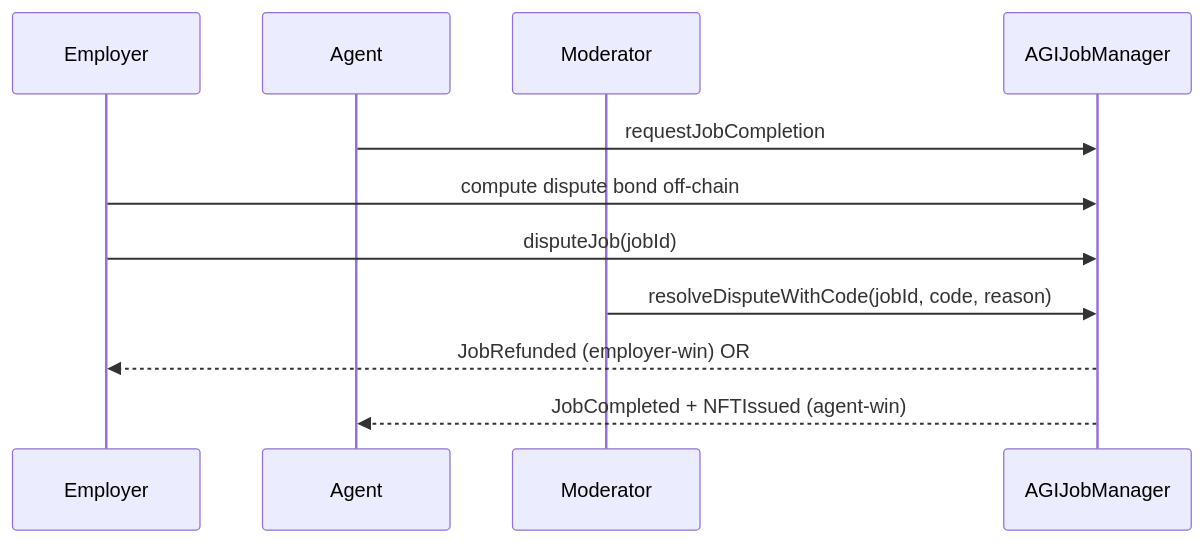
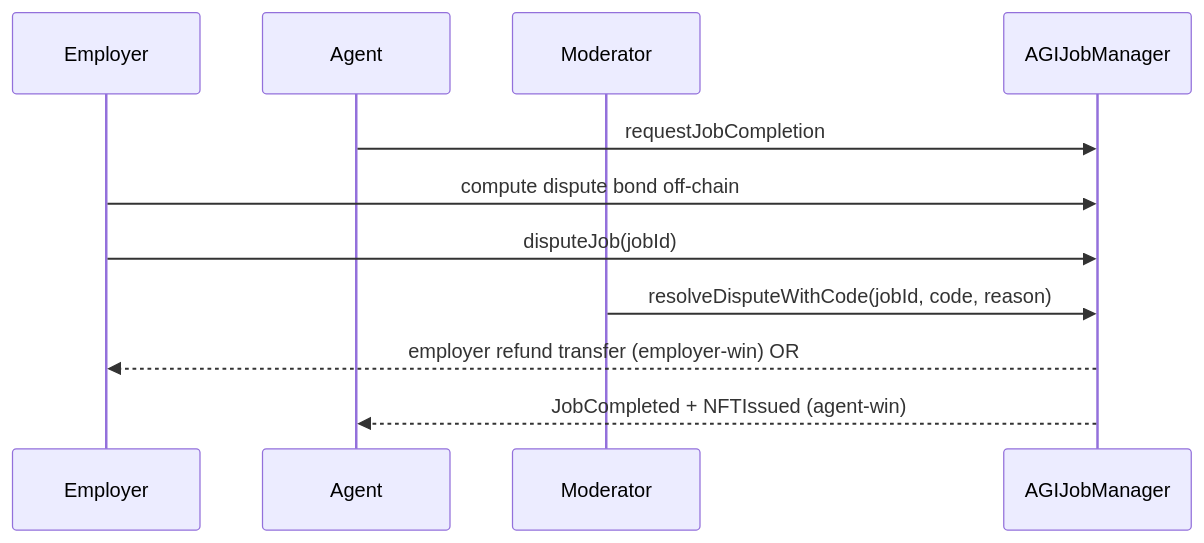
One commit to MontrealAI/AGIJobManager changed the third of 4 diagrams in docs/OPERATIONS/JOB_LIFECYCLE_ETHERSCAN_GUIDE.md. Above: the diagram before and after it, drawn with Mermaid. The commit also changed other lines of this file, not shown here.

Commit message:
docs: remove non-existent JobRefunded signal from guide

````diff
--- a/docs/OPERATIONS/JOB_LIFECYCLE_ETHERSCAN_GUIDE.md
+++ b/docs/OPERATIONS/JOB_LIFECYCLE_ETHERSCAN_GUIDE.md
@@ -51,14 +51,14 @@
 ```mermaid
 sequenceDiagram
     participant Employer
     participant Agent
     participant Moderator
     participant Mgr as AGIJobManager
 
     Agent->>Mgr: requestJobCompletion
     Employer->>Mgr: compute dispute bond off-chain
     Employer->>Mgr: disputeJob(jobId)
     Moderator->>Mgr: resolveDisputeWithCode(jobId, code, reason)
-    Mgr-->>Employer: JobRefunded (employer-win) OR
+    Mgr-->>Employer: employer refund transfer (employer-win) OR
     Mgr-->>Agent: JobCompleted + NFTIssued (agent-win)
 ```
````
